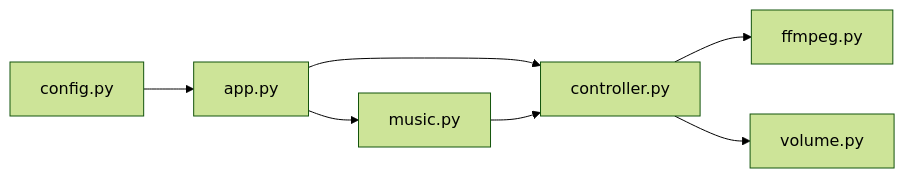
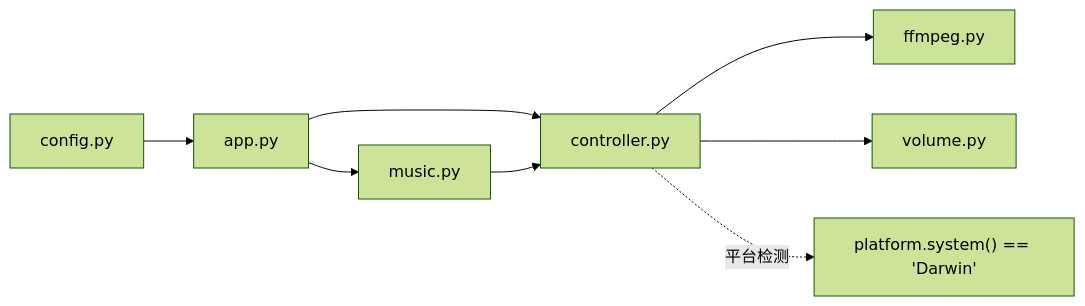
One commit to GhoulOwl/Teamspeak3_Bot changed the eighth of 8 diagrams in .qoder/repowiki/zh/content/音乐播放系统/音频控制器.md. Above: the diagram before and after it, drawn with Mermaid (forest theme). The commit also changed other lines of this file and 7 other files, not shown here.

````diff
--- a/.qoder/repowiki/zh/content/音乐播放系统/音频控制器.md
+++ b/.qoder/repowiki/zh/content/音乐播放系统/音频控制器.md
@@ -310,9 +371,10 @@
 ```mermaid
 graph LR
 CFG["config.py"] --> APP["app.py"]
 APP --> AC["controller.py"]
 AC --> FFM["ffmpeg.py"]
 AC --> VOL["volume.py"]
 APP --> CMD["music.py"]
 CMD --> AC
+AC -.->|"平台检测"| PLATFORM["platform.system() == 'Darwin'"]
 ```
````
